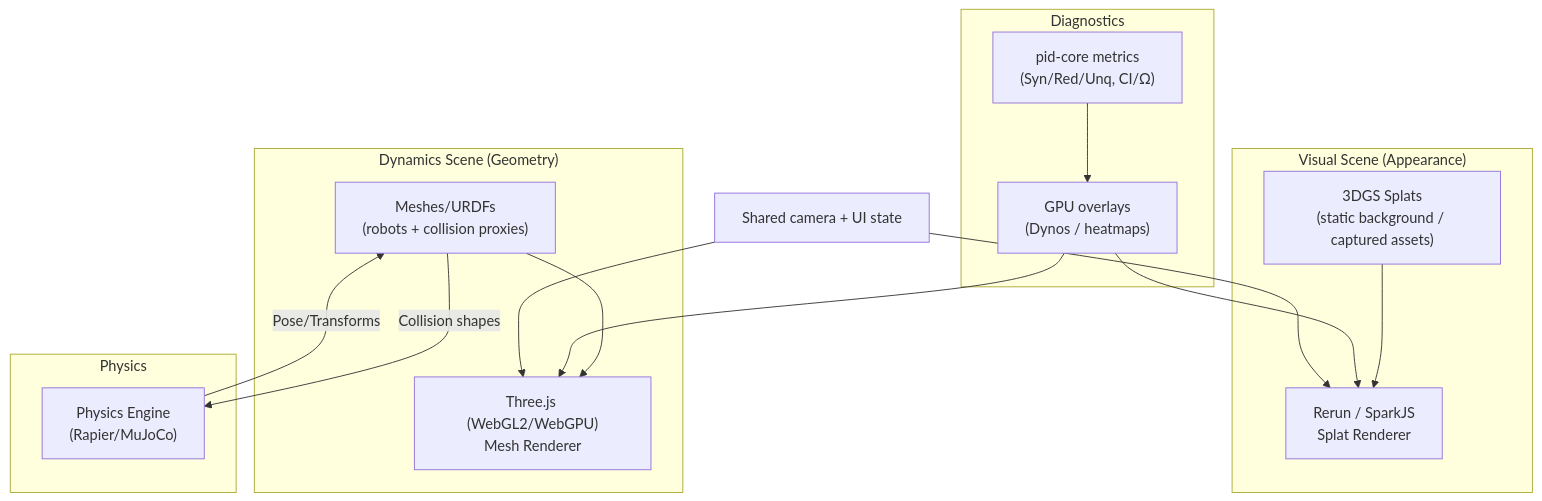
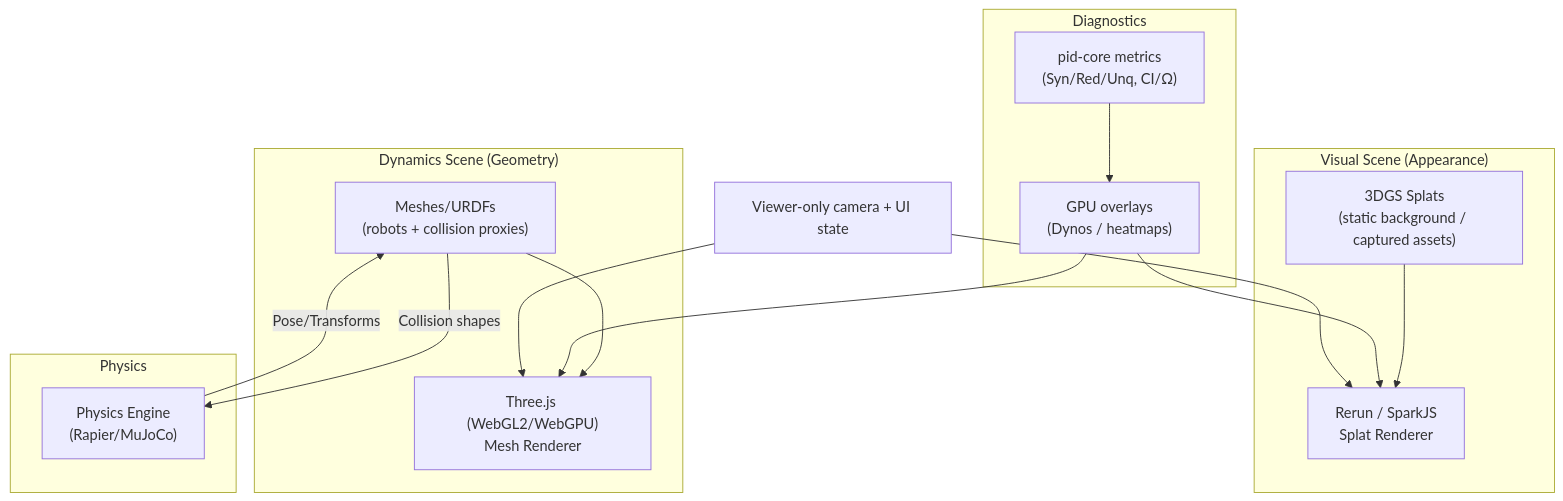
One commit to sepahead/prisoma changed the tenth of 18 diagrams in DIAGRAMS.md. Above: the diagram before and after it, drawn with Mermaid. The commit also changed other lines of this file and 20 other files, not shown here.

````diff
--- a/DIAGRAMS.md
+++ b/DIAGRAMS.md
@@ -387,30 +408,30 @@
 ```mermaid
 graph TB
     subgraph "Visual Scene (Appearance)"
         Splats["3DGS Splats<br/>(static background / captured assets)"]
         Vis[Rerun / SparkJS\nSplat Renderer]
         Splats --> Vis
     end
 
     subgraph "Dynamics Scene (Geometry)"
         Mesh["Meshes/URDFs<br/>(robots + collision proxies)"]
         Three["Three.js (WebGL2/WebGPU)<br/>Mesh Renderer"]
         Mesh --> Three
     end
 
     subgraph "Physics"
         Phys["Physics Engine<br/>(Rapier/MuJoCo)"]
         Mesh -->|Collision shapes| Phys
         Phys -->|Pose/Transforms| Mesh
     end
 
     subgraph "Diagnostics"
         PID["pid-core metrics<br/>(Syn/Red/Unq, CI/Ω)"]
         PID --> Overlay["GPU overlays<br/>(Dynos / heatmaps)"]
         Overlay --> Vis
         Overlay --> Three
     end
 
-    Cam[Shared camera + UI state] --> Vis
+    Cam[Viewer-only camera + UI state] --> Vis
     Cam --> Three
 ```
````
